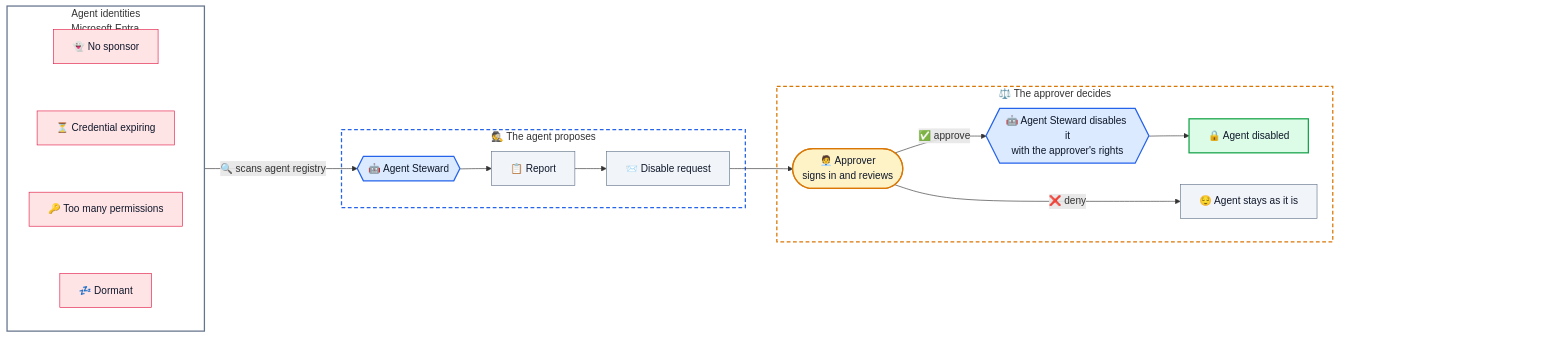
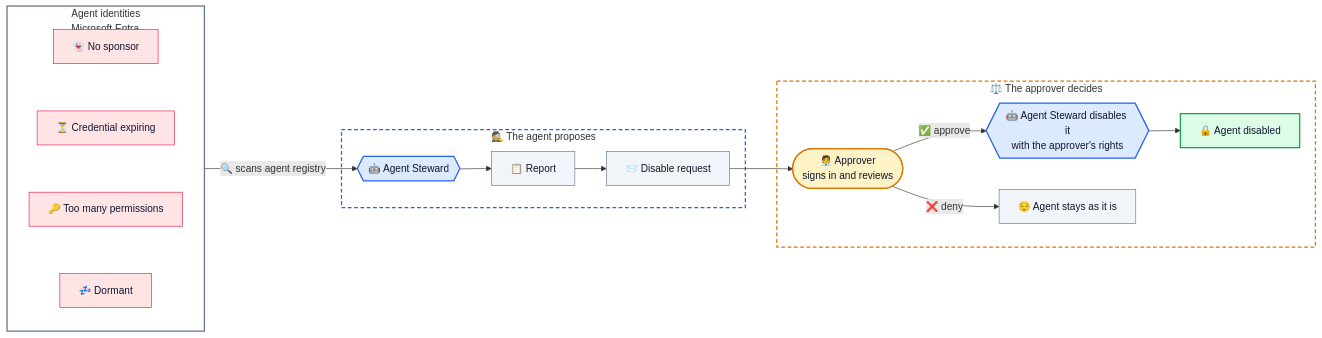
The first of 2 diagrams in README.md (alireza-mpr/agent-steward), drawn with Mermaid before and after one commit.

Commit message:
docs(readme): diagram without the spacer column

````diff
--- a/README.md
+++ b/README.md
@@ -15,53 +15,46 @@
 ```mermaid
 flowchart LR
     subgraph TENANT["Agent identities <br/> Microsoft Entra"]
         direction TB
         F1["👻 No sponsor"]
         F2["⏳ Credential expiring"]
         F3["🔑 Too many permissions"]
         F4["💤 Dormant"]
         F1 ~~~ F2 ~~~ F3 ~~~ F4
     end
 
     subgraph PROPOSE["🕵️ The agent proposes"]
         GUARD{{"🤖 Agent Steward"}}
         REPORT["📋 Report"]
         ASK["📨 Disable request"]
         GUARD --> REPORT
         REPORT --> ASK
     end
 
     subgraph DECIDE["⚖️ The approver decides"]
         HUMAN(["🧑‍💼 Approver<br/>signs in and reviews"])
         ACT{{"🤖 Agent Steward disables it<br/>with the approver's rights"}}
         DISABLED["🔒 Agent disabled"]
         STAYS["😌 Agent stays as it is"]
         HUMAN -- "✅ approve" --> ACT
         ACT --> DISABLED
         HUMAN -- "❌ deny" --> STAYS
     end
 
     TENANT -- "🔍 scans agent registry" --> GUARD
     ASK --> HUMAN
 
-    %% An invisible box on the far right: GitHub's zoom buttons sit on it, not on the picture
-    PAD["________________________"]
-    DISABLED ~~~ PAD
-    STAYS ~~~ PAD
-
     classDef agent fill:#dbeafe,stroke:#2563eb,stroke-width:2px,color:#0f172a
     classDef risk fill:#ffe4e6,stroke:#e11d48,color:#0f172a
     classDef human fill:#fef3c7,stroke:#d97706,stroke-width:2px,color:#0f172a
     classDef good fill:#dcfce7,stroke:#16a34a,stroke-width:2px,color:#0f172a
     classDef calm fill:#f1f5f9,stroke:#64748b,color:#0f172a
-    classDef spacer fill:none,stroke:none,color:transparent
     class GUARD,ACT agent
     class F1,F2,F3,F4 risk
     class HUMAN human
     class DISABLED good
     class REPORT,ASK,STAYS calm
-    class PAD spacer
     style PROPOSE fill:transparent,stroke:#2563eb,stroke-width:2px,stroke-dasharray: 6 4
     style DECIDE fill:transparent,stroke:#d97706,stroke-width:2px,stroke-dasharray: 6 4
     style TENANT fill:transparent,stroke:#64748b,stroke-width:2px
 ```
````
